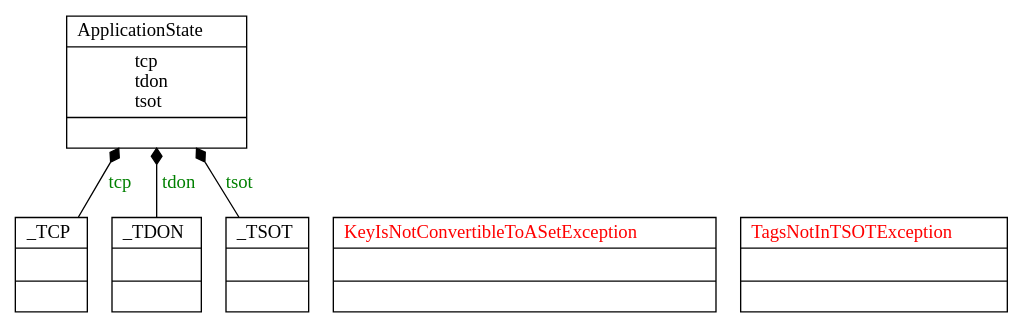
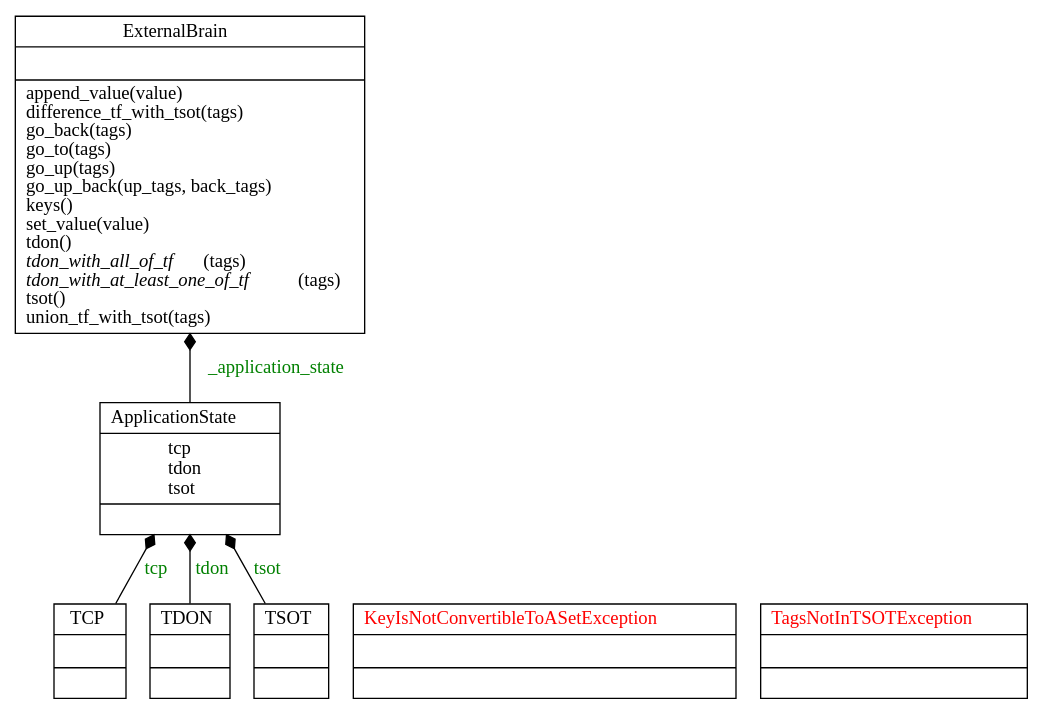
Before and after one commit to GSmithApps/externalBrain: the diagram in classes.dot, drawn with Graphviz. The commit also changed 11 other files, not shown here.

```diff
--- a/classes.dot
+++ b/classes.dot
@@ -1,13 +1,15 @@
 digraph "classes" {
 rankdir=BT
 charset="utf-8"
 "external_brain.application_state.ApplicationState" [color="black", fontcolor="black", label=<{ApplicationState|tcp<br ALIGN="LEFT"/>tdon<br ALIGN="LEFT"/>tsot<br ALIGN="LEFT"/>|}>, shape="record", style="solid"];
+"external_brain.ExternalBrain" [color="black", fontcolor="black", label=<{ExternalBrain|<br ALIGN="LEFT"/>|append_value(value)<br ALIGN="LEFT"/>difference_tf_with_tsot(tags)<br ALIGN="LEFT"/>go_back(tags)<br ALIGN="LEFT"/>go_to(tags)<br ALIGN="LEFT"/>go_up(tags)<br ALIGN="LEFT"/>go_up_back(up_tags, back_tags)<br ALIGN="LEFT"/>keys()<br ALIGN="LEFT"/>set_value(value)<br ALIGN="LEFT"/>tdon()<br ALIGN="LEFT"/><I>tdon_with_all_of_tf</I>(tags)<br ALIGN="LEFT"/><I>tdon_with_at_least_one_of_tf</I>(tags)<br ALIGN="LEFT"/>tsot()<br ALIGN="LEFT"/>union_tf_with_tsot(tags)<br ALIGN="LEFT"/>}>, shape="record", style="solid"];
 "external_brain.key_is_not_convertible_to_a_set_exception.KeyIsNotConvertibleToASetException" [color="black", fontcolor="red", label=<{KeyIsNotConvertibleToASetException|<br ALIGN="LEFT"/>|}>, shape="record", style="solid"];
+"external_brain.tcp.TCP" [color="black", fontcolor="black", label=<{TCP|<br ALIGN="LEFT"/>|}>, shape="record", style="solid"];
+"external_brain.tdon.TDON" [color="black", fontcolor="black", label=<{TDON|<br ALIGN="LEFT"/>|}>, shape="record", style="solid"];
+"external_brain.tsot.TSOT" [color="black", fontcolor="black", label=<{TSOT|<br ALIGN="LEFT"/>|}>, shape="record", style="solid"];
 "external_brain.tags_not_in_tsot_exception.TagsNotInTSOTException" [color="black", fontcolor="red", label=<{TagsNotInTSOTException|<br ALIGN="LEFT"/>|}>, shape="record", style="solid"];
-"external_brain.tcp._TCP" [color="black", fontcolor="black", label=<{_TCP|<br ALIGN="LEFT"/>|}>, shape="record", style="solid"];
-"external_brain.tdon._TDON" [color="black", fontcolor="black", label=<{_TDON|<br ALIGN="LEFT"/>|}>, shape="record", style="solid"];
-"external_brain.tsot._TSOT" [color="black", fontcolor="black", label=<{_TSOT|<br ALIGN="LEFT"/>|}>, shape="record", style="solid"];
-"external_brain.tcp._TCP" -> "external_brain.application_state.ApplicationState" [arrowhead="diamond", arrowtail="none", fontcolor="green", label="tcp", style="solid"];
-"external_brain.tdon._TDON" -> "external_brain.application_state.ApplicationState" [arrowhead="diamond", arrowtail="none", fontcolor="green", label="tdon", style="solid"];
-"external_brain.tsot._TSOT" -> "external_brain.application_state.ApplicationState" [arrowhead="diamond", arrowtail="none", fontcolor="green", label="tsot", style="solid"];
+"external_brain.application_state.ApplicationState" -> "external_brain.ExternalBrain" [arrowhead="diamond", arrowtail="none", fontcolor="green", label="_application_state", style="solid"];
+"external_brain.tcp.TCP" -> "external_brain.application_state.ApplicationState" [arrowhead="diamond", arrowtail="none", fontcolor="green", label="tcp", style="solid"];
+"external_brain.tdon.TDON" -> "external_brain.application_state.ApplicationState" [arrowhead="diamond", arrowtail="none", fontcolor="green", label="tdon", style="solid"];
+"external_brain.tsot.TSOT" -> "external_brain.application_state.ApplicationState" [arrowhead="diamond", arrowtail="none", fontcolor="green", label="tsot", style="solid"];
 }
```
